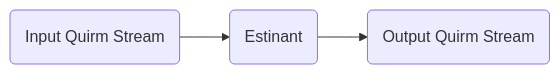
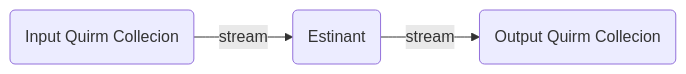
Before and after one commit to rachidlamouri/testing-platform: the second of 6 diagrams in packages/open-schema-type-script/README.md, drawn with Mermaid. The commit also changed other lines of this file and 4 other files, not shown here.

````diff
--- a/packages/open-schema-type-script/README.md
+++ b/packages/open-schema-type-script/README.md
@@ -76,9 +76,9 @@
 ```mermaid
 flowchart LR
-S1(Input Quirm Stream)
+S1(Input Quirm Collecion)
 S2(Estinant)
-S3(Output Quirm Stream)
+S3(Output Quirm Collecion)
 
-S1 --> S2
-S2 --> S3
+S1 -->|stream| S2
+S2 -->|stream| S3
 ```
````
